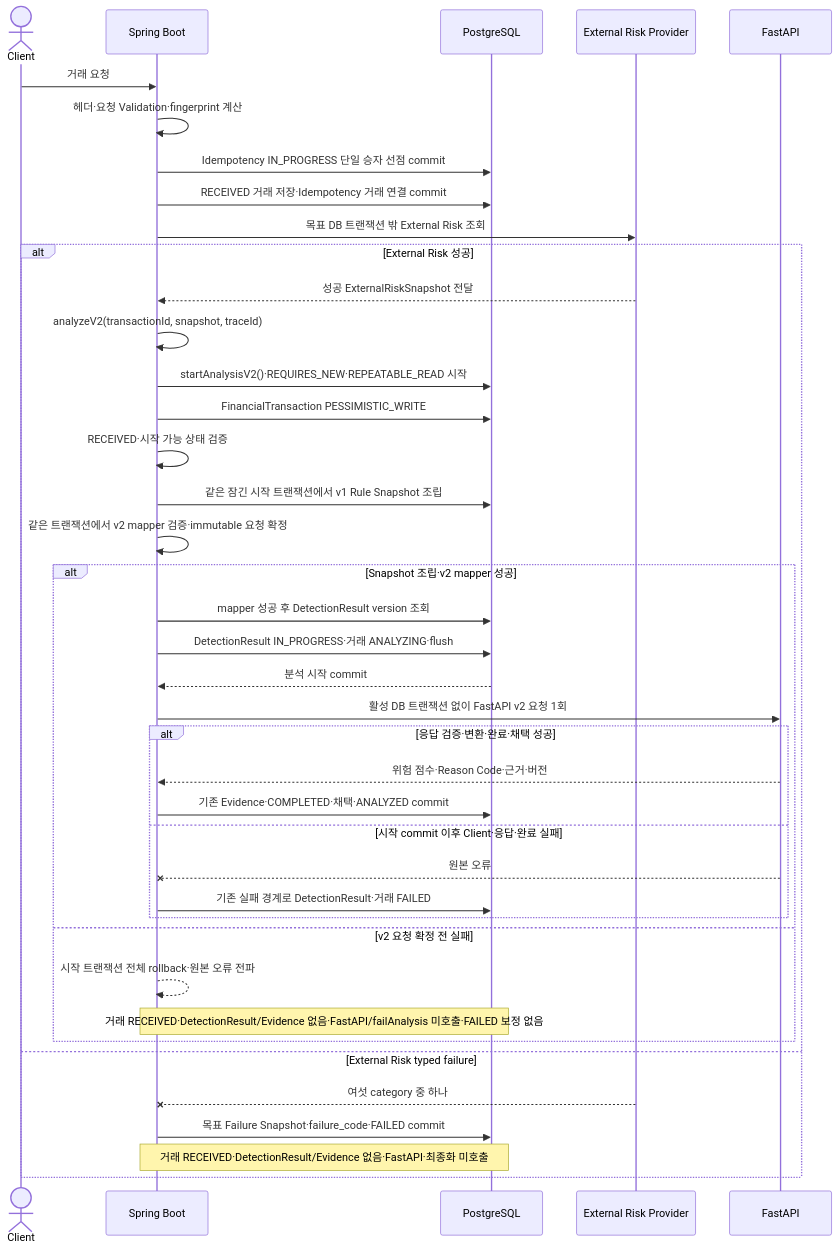
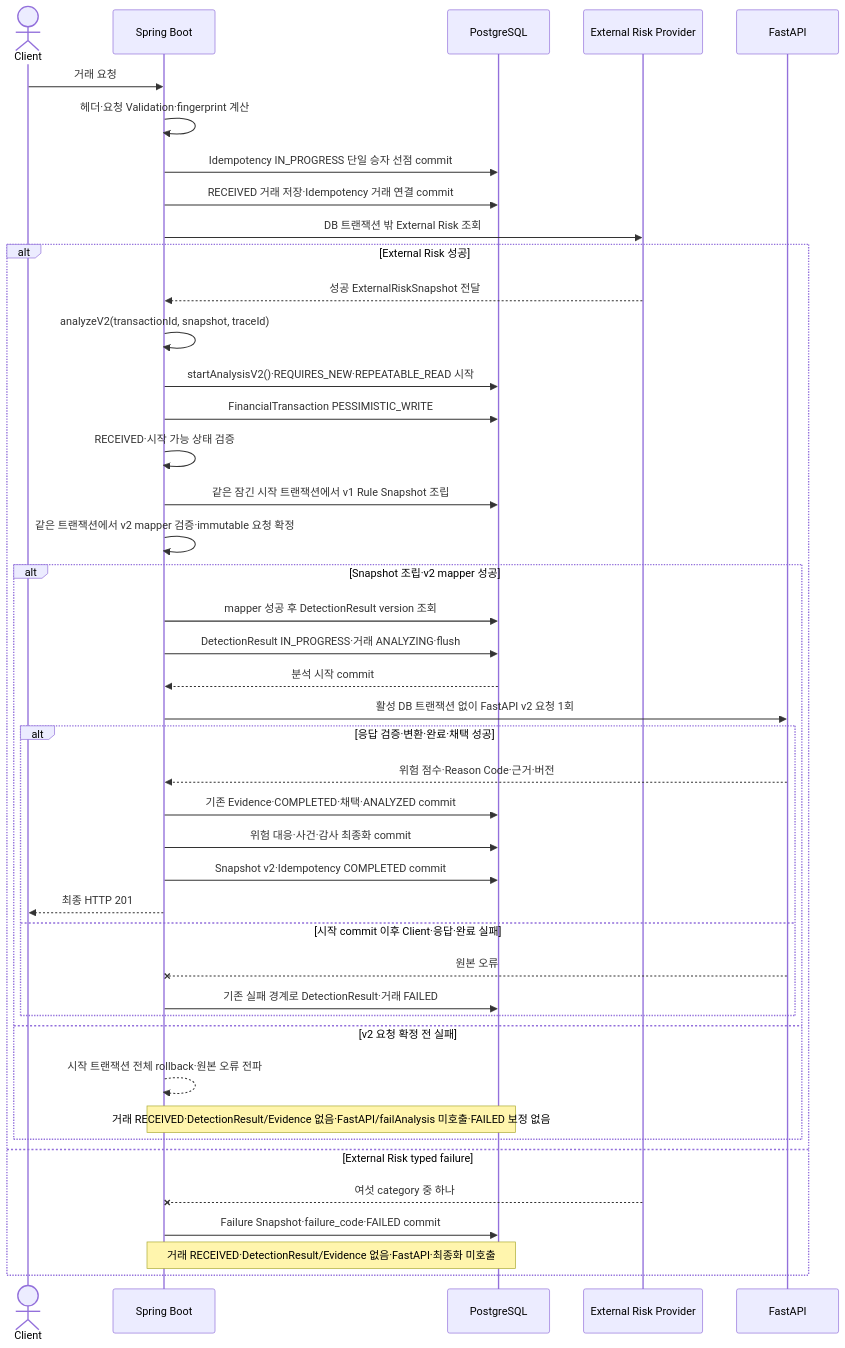
Before and after one commit to Ahnjisan/FinGuardOps: the second of 4 diagrams in docs/02-architecture/system-architecture.md, drawn with Mermaid. The commit also changed other lines of this file and 6 other files, not shown here.

````diff
--- a/docs/02-architecture/system-architecture.md
+++ b/docs/02-architecture/system-architecture.md
@@ -814,43 +803,46 @@
 ```mermaid
 sequenceDiagram
     actor Client
     participant Spring as Spring Boot
     participant DB as PostgreSQL
     participant Risk as External Risk Provider
     participant AI as FastAPI
 
     Client->>Spring: 거래 요청
     Spring->>Spring: 헤더·요청 Validation·fingerprint 계산
     Spring->>DB: Idempotency IN_PROGRESS 단일 승자 선점 commit
     Spring->>DB: RECEIVED 거래 저장·Idempotency 거래 연결 commit
-    Spring->>Risk: 목표 DB 트랜잭션 밖 External Risk 조회
+    Spring->>Risk: DB 트랜잭션 밖 External Risk 조회
     alt External Risk 성공
         Risk-->>Spring: 성공 ExternalRiskSnapshot 전달
         Spring->>Spring: analyzeV2(transactionId, snapshot, traceId)
         Spring->>DB: startAnalysisV2()·REQUIRES_NEW·REPEATABLE_READ 시작
         Spring->>DB: FinancialTransaction PESSIMISTIC_WRITE
         Spring->>Spring: RECEIVED·시작 가능 상태 검증
         Spring->>DB: 같은 잠긴 시작 트랜잭션에서 v1 Rule Snapshot 조립
         Spring->>Spring: 같은 트랜잭션에서 v2 mapper 검증·immutable 요청 확정
         alt Snapshot 조립·v2 mapper 성공
             Spring->>DB: mapper 성공 후 DetectionResult version 조회
             Spring->>DB: DetectionResult IN_PROGRESS·거래 ANALYZING·flush
             DB-->>Spring: 분석 시작 commit
             Spring->>AI: 활성 DB 트랜잭션 없이 FastAPI v2 요청 1회
             alt 응답 검증·변환·완료·채택 성공
                 AI-->>Spring: 위험 점수·Reason Code·근거·버전
                 Spring->>DB: 기존 Evidence·COMPLETED·채택·ANALYZED commit
+                Spring->>DB: 위험 대응·사건·감사 최종화 commit
+                Spring->>DB: Snapshot v2·Idempotency COMPLETED commit
+                Spring-->>Client: 최종 HTTP 201
             else 시작 commit 이후 Client·응답·완료 실패
                 AI--xSpring: 원본 오류
                 Spring->>DB: 기존 실패 경계로 DetectionResult·거래 FAILED
             end
         else v2 요청 확정 전 실패
             Spring-->>Spring: 시작 트랜잭션 전체 rollback·원본 오류 전파
             Note over Spring,DB: 거래 RECEIVED·DetectionResult/Evidence 없음·FastAPI/failAnalysis 미호출·FAILED 보정 없음
         end
     else External Risk typed failure
         Risk--xSpring: 여섯 category 중 하나
-        Spring->>DB: 목표 Failure Snapshot·failure_code·FAILED commit
+        Spring->>DB: Failure Snapshot·failure_code·FAILED commit
         Note over Spring,DB: 거래 RECEIVED·DetectionResult/Evidence 없음·FastAPI·최종화 미호출
     end
 ```
````
